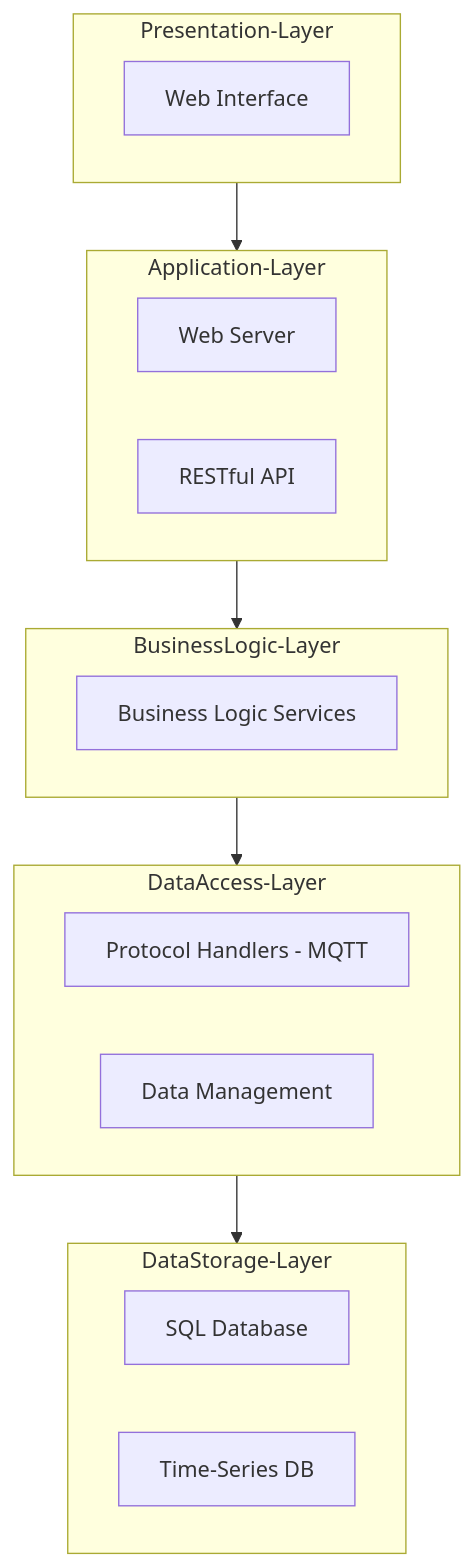
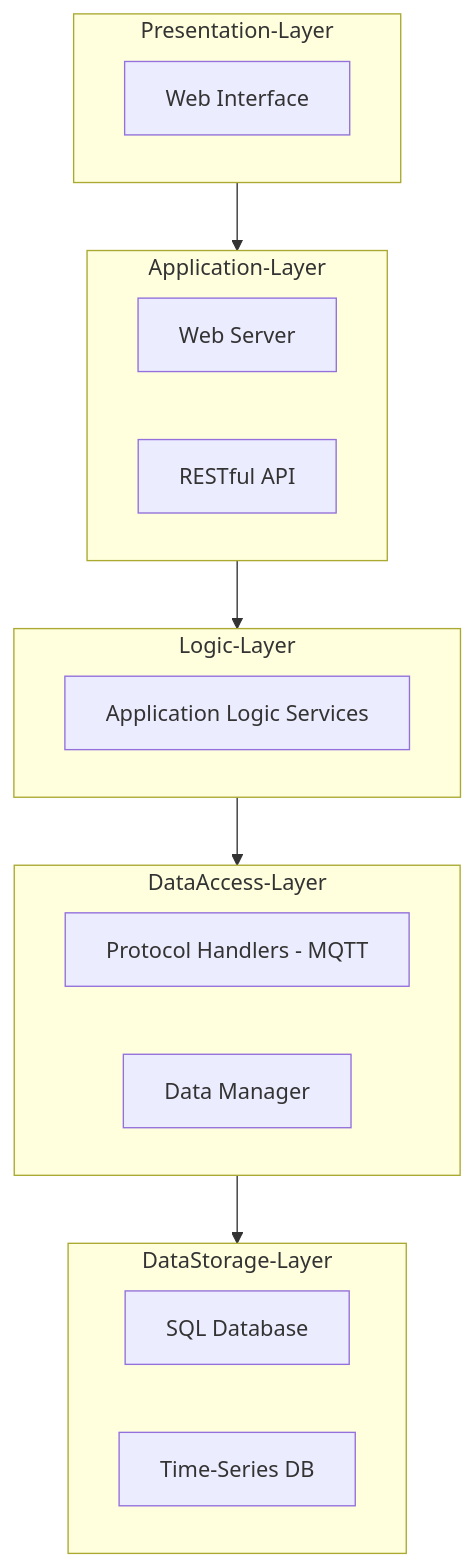
Before and after one commit to Distributed-IoT-Software-Arch-Course/iot-monolithic-arch-playground: the diagram in README.md, drawn with Mermaid. The commit also changed other lines of this file and 19 other files, not shown here.

````diff
--- a/README.md
+++ b/README.md
@@ -13,30 +13,30 @@
 ```mermaid
 graph TD
   subgraph Presentation-Layer
     A1[Web Interface]
   end
   
   subgraph Application-Layer
     B1[Web Server]
     B2[RESTful API]
   end
   
-  subgraph BusinessLogic-Layer
-    C1[Business Logic Services]
+  subgraph Logic-Layer
+    C1[Application Logic Services]
   end
   
   subgraph DataAccess-Layer
     D1[Protocol Handlers - MQTT]
-    D2[Data Management]
+    D2[Data Manager]
   end
   
   subgraph DataStorage-Layer
     E1[SQL Database]
     E2[Time-Series DB]
   end
 
   Presentation-Layer --> Application-Layer
-  Application-Layer --> BusinessLogic-Layer
-  BusinessLogic-Layer --> DataAccess-Layer
+  Application-Layer --> Logic-Layer
+  Logic-Layer --> DataAccess-Layer
   DataAccess-Layer --> DataStorage-Layer
 ```
````
